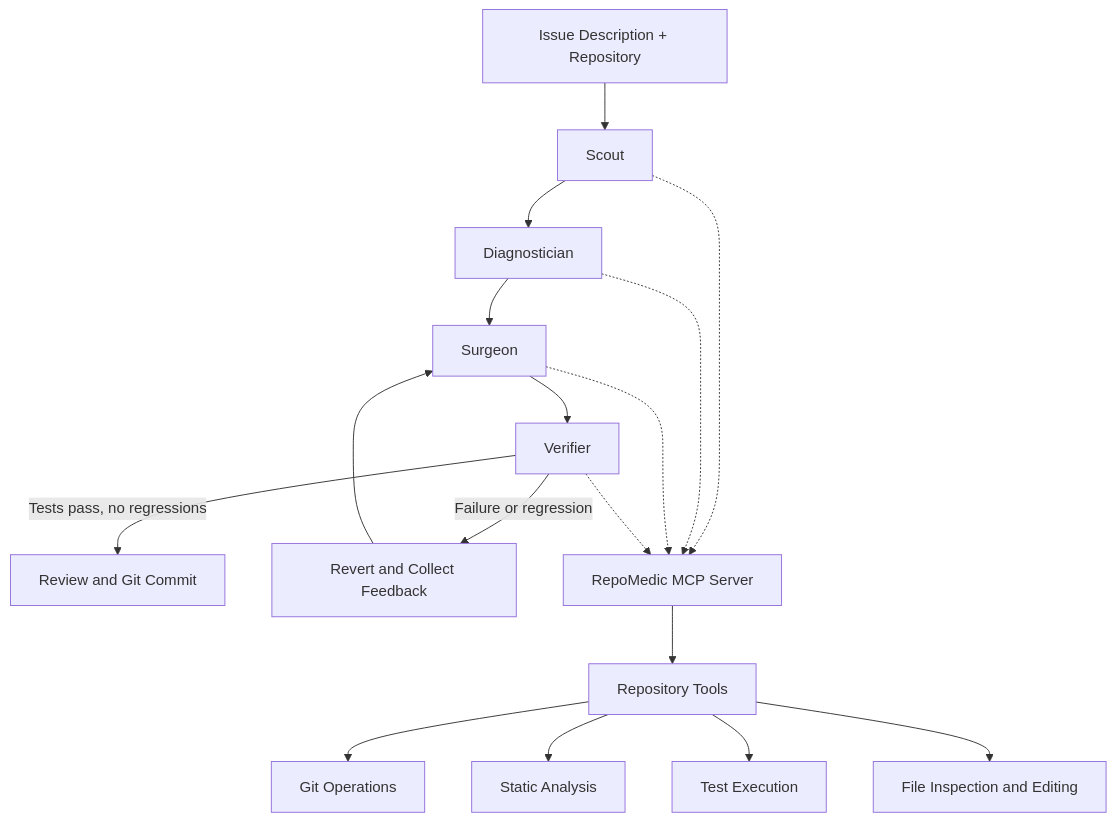
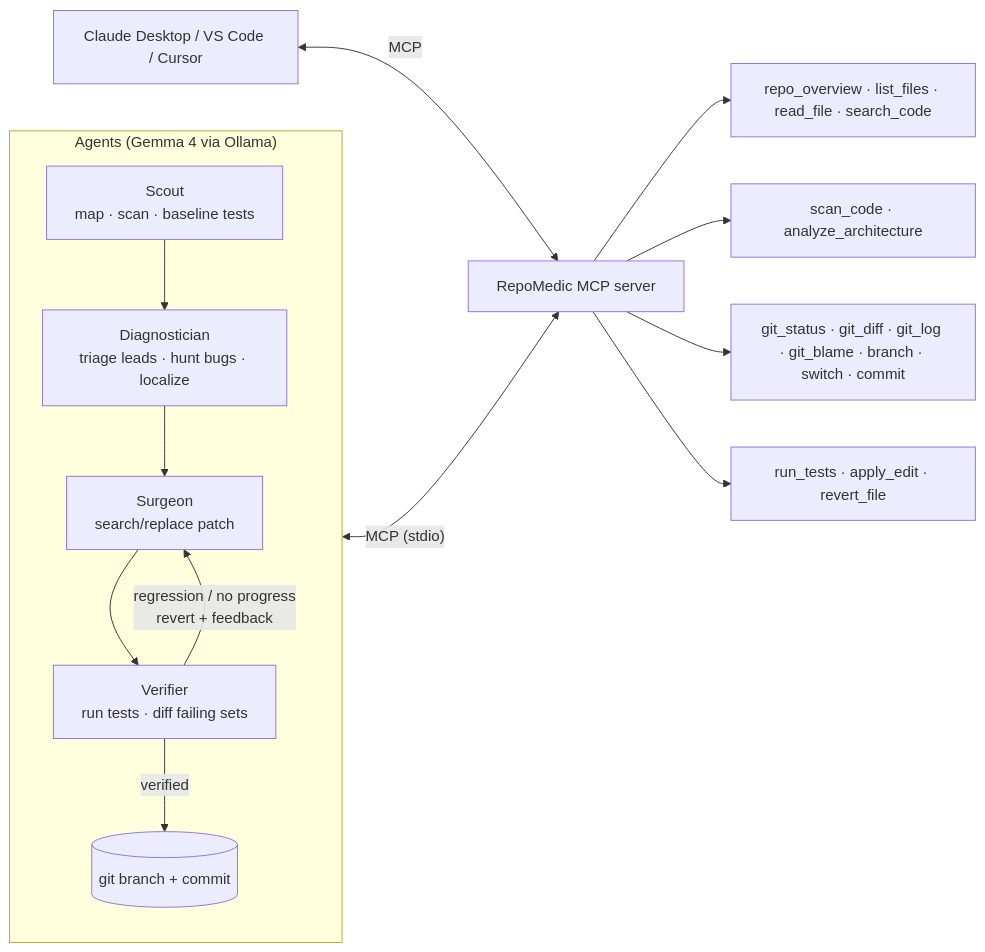
One commit to Arghyann/RepoMedic changed the diagram in README.md. Above: the diagram before and after it, drawn with Mermaid. The commit also changed other lines of this file, not shown here.

Commit message:
docs: update README with architecture, Gemma usage, benchmark results & quickstart

````diff
--- a/README.md
+++ b/README.md
@@ -47,19 +32,16 @@
 ```mermaid
-flowchart TD
-    A[Issue Description + Repository] --> B[Scout]
-    B --> C[Diagnostician]
-    C --> D[Surgeon]
-    D --> E[Verifier]
-    E -->|Tests pass, no regressions| F[Review and Git Commit]
-    E -->|Failure or regression| G[Revert and Collect Feedback]
-    G --> D
-    B -.-> H[RepoMedic MCP Server]
-    C -.-> H
-    D -.-> H
-    E -.-> H
-    H --> I[Repository Tools]
-    I --> J[Git Operations]
-    I --> K[Static Analysis]
-    I --> L[Test Execution]
-    I --> M[File Inspection and Editing]
+flowchart LR
+  subgraph Agents["Agents (Gemma 4 via Ollama)"]
+    S[Scout<br/>map · scan · baseline tests] --> D[Diagnostician<br/>triage leads · hunt bugs · localize]
+    D --> U[Surgeon<br/>search/replace patch]
+    U --> V[Verifier<br/>run tests · diff failing sets]
+    V -- regression / no progress<br/>revert + feedback --> U
+    V -- verified --> G[(git branch + commit)]
+  end
+  Agents <-- "MCP (stdio)" --> M[RepoMedic MCP server]
+  M --> T1[repo_overview · list_files · read_file · search_code]
+  M --> T2[scan_code · analyze_architecture]
+  M --> T3[git_status · git_diff · git_log · git_blame · branch · switch · commit]
+  M --> T4[run_tests · apply_edit · revert_file]
+  C[Claude Desktop / VS Code / Cursor] <-- MCP --> M
 ```
````
